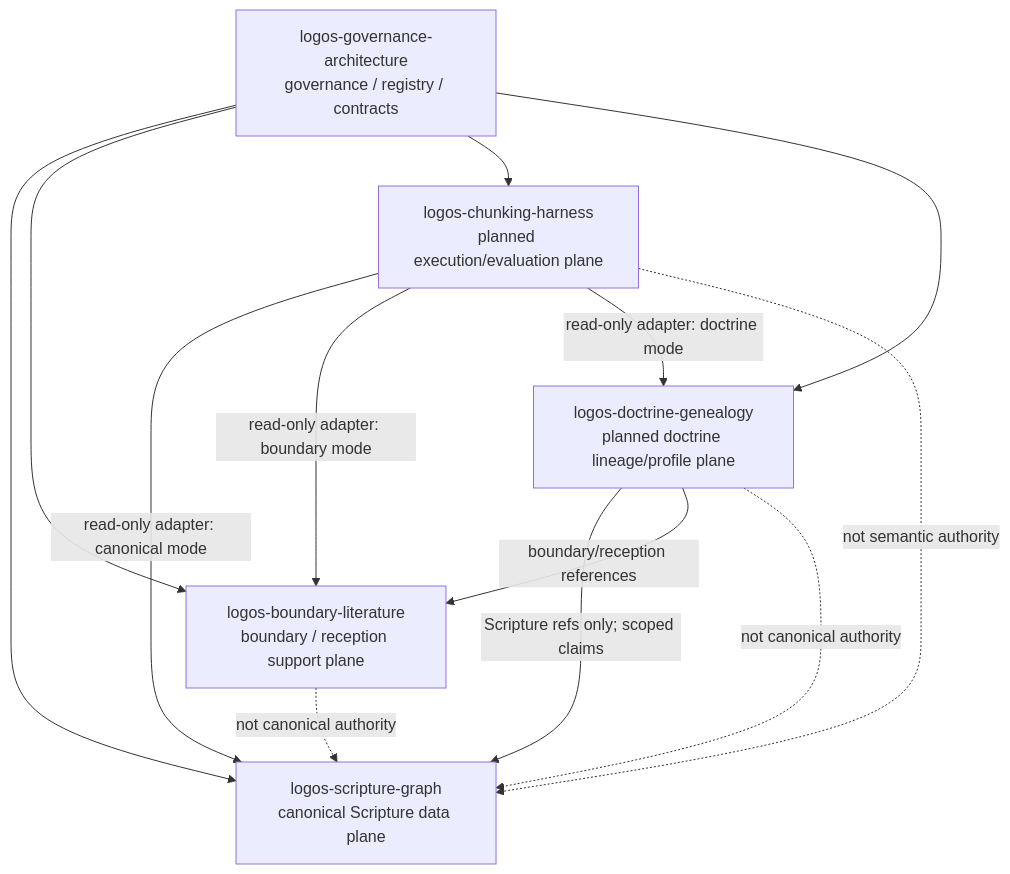
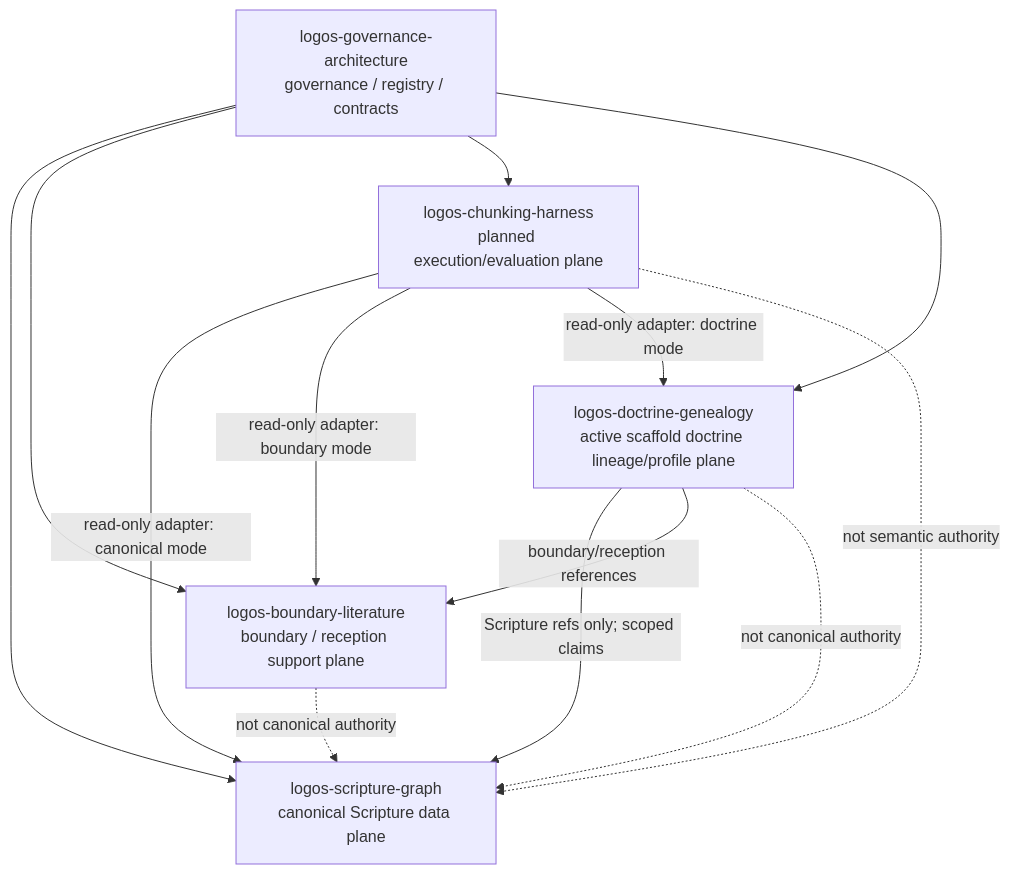
One commit to lowelltwong-alt/logos-governance-architecture changed the second of 2 diagrams in DATA_FLOW_MAP.md. Above: the diagram before and after it, drawn with Mermaid. The commit also changed other lines of this file and 12 other files, not shown here.

Commit message:
Register doctrine genealogy scaffold active (#87)

````diff
--- a/DATA_FLOW_MAP.md
+++ b/DATA_FLOW_MAP.md
@@ -38,24 +38,24 @@
 ```mermaid
 flowchart TD
   GOV["logos-governance-architecture<br/>governance / registry / contracts"]
   SCRIPT["logos-scripture-graph<br/>canonical Scripture data plane"]
   BOUND["logos-boundary-literature<br/>boundary / reception support plane"]
   CHUNK["logos-chunking-harness<br/>planned execution/evaluation plane"]
-  DOCTRINE["logos-doctrine-genealogy<br/>planned doctrine lineage/profile plane"]
+  DOCTRINE["logos-doctrine-genealogy<br/>active scaffold doctrine lineage/profile plane"]
 
   GOV --> SCRIPT
   GOV --> BOUND
   GOV --> CHUNK
   GOV --> DOCTRINE
 
   CHUNK -->|"read-only adapter: canonical mode"| SCRIPT
   CHUNK -->|"read-only adapter: boundary mode"| BOUND
   CHUNK -->|"read-only adapter: doctrine mode"| DOCTRINE
 
   DOCTRINE -->|"Scripture refs only; scoped claims"| SCRIPT
   DOCTRINE -->|"boundary/reception references"| BOUND
 
   BOUND -. "not canonical authority" .-> SCRIPT
   CHUNK -. "not semantic authority" .-> SCRIPT
   DOCTRINE -. "not canonical authority" .-> SCRIPT
 ```
````
